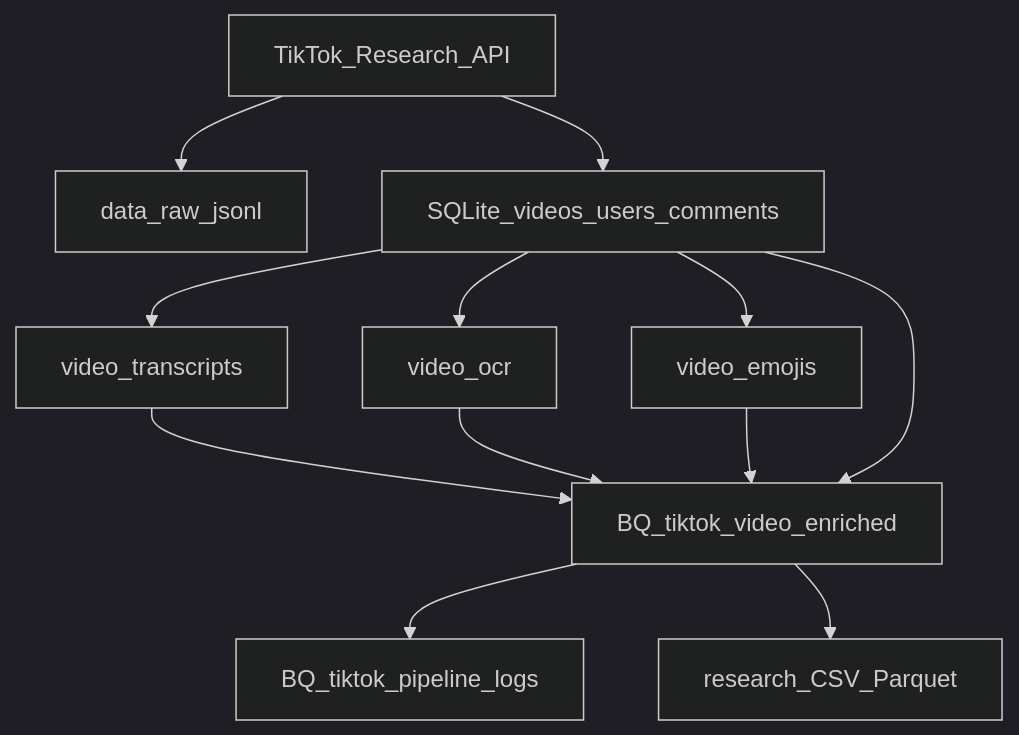
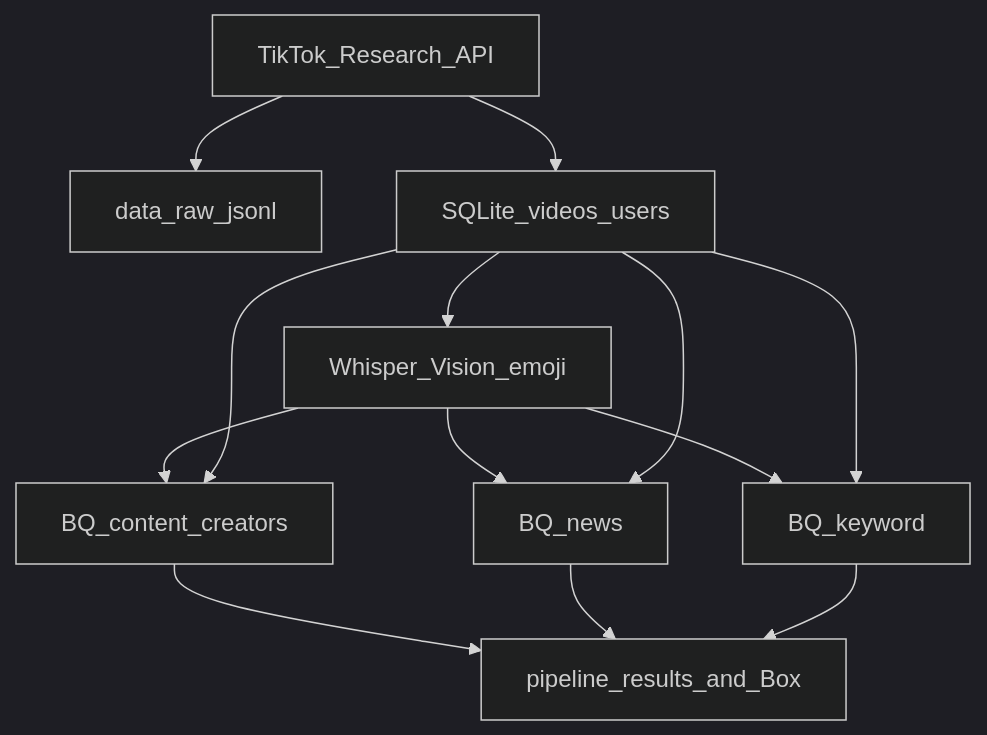
The diagram in docs/SCHEMA.md (ava-motes/tiktok-research), drawn with Mermaid (dark theme) before and after one commit. The commit also changed other lines of this file and 234 other files, not shown here.

````diff
--- a/docs/SCHEMA.md
+++ b/docs/SCHEMA.md
@@ -25,14 +26,15 @@
 ```mermaid
 flowchart TD
   api[TikTok_Research_API] --> raw[data_raw_jsonl]
-  api --> videos[SQLite_videos_users_comments]
-  videos --> vt[video_transcripts]
-  videos --> vo[video_ocr]
-  videos --> ve[video_emojis]
-  vt --> enriched[BQ_tiktok_video_enriched]
-  vo --> enriched
-  ve --> enriched
-  videos --> enriched
-  enriched --> logs[BQ_tiktok_pipeline_logs]
-  enriched --> export[research_CSV_Parquet]
+  api --> videos[SQLite_videos_users]
+  videos --> enrich[Whisper_Vision_emoji]
+  enrich --> p1[BQ_content_creators]
+  enrich --> p2[BQ_news]
+  enrich --> p3[BQ_keyword]
+  videos --> p1
+  videos --> p2
+  videos --> p3
+  p1 --> out[pipeline_results_and_Box]
+  p2 --> out
+  p3 --> out
 ```
````
